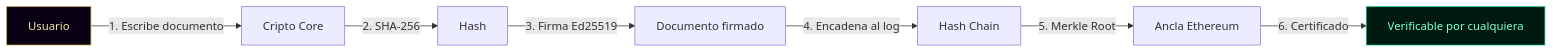
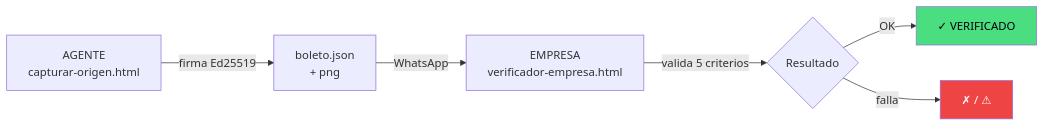
One commit to Marcorojas17/kronos-protocol changed the second of 4 diagrams in README.md. Above: the diagram before and after it, drawn with Mermaid. The commit also changed other lines of this file, not shown here.

````diff
--- a/README.md
+++ b/README.md
@@ -106,12 +92,11 @@
 ```mermaid
 flowchart LR
-    A[Usuario] -->|1. Escribe documento| B[Cripto Core]
-    B -->|2. SHA-256| C[Hash]
-    C -->|3. Firma Ed25519| D[Documento firmado]
-    D -->|4. Encadena al log| E[Hash Chain]
-    E -->|5. Merkle Root| F[Ancla Ethereum]
-    F -->|6. Certificado| G[Verificable por cualquiera]
+    A["AGENTE<br/>capturar-origen.html"] -->|firma Ed25519| B["boleto.json<br/>+ png"]
+    B -->|WhatsApp| C["EMPRESA<br/>verificador-empresa.html"]
+    C -->|valida 5 criterios| D{"Resultado"}
+    D -->|OK| E["✓ VERIFICADO"]
+    D -->|falla| F["✗ / ⚠"]
 
-    style A fill:#0a0014,stroke:#c9a44c,color:#f3e5ab
-    style G fill:#001a10,stroke:#00cc88,color:#7BFFD4
+    style E fill:#4ade80,color:#000
+    style F fill:#ef4444,color:#fff
 ```
````
